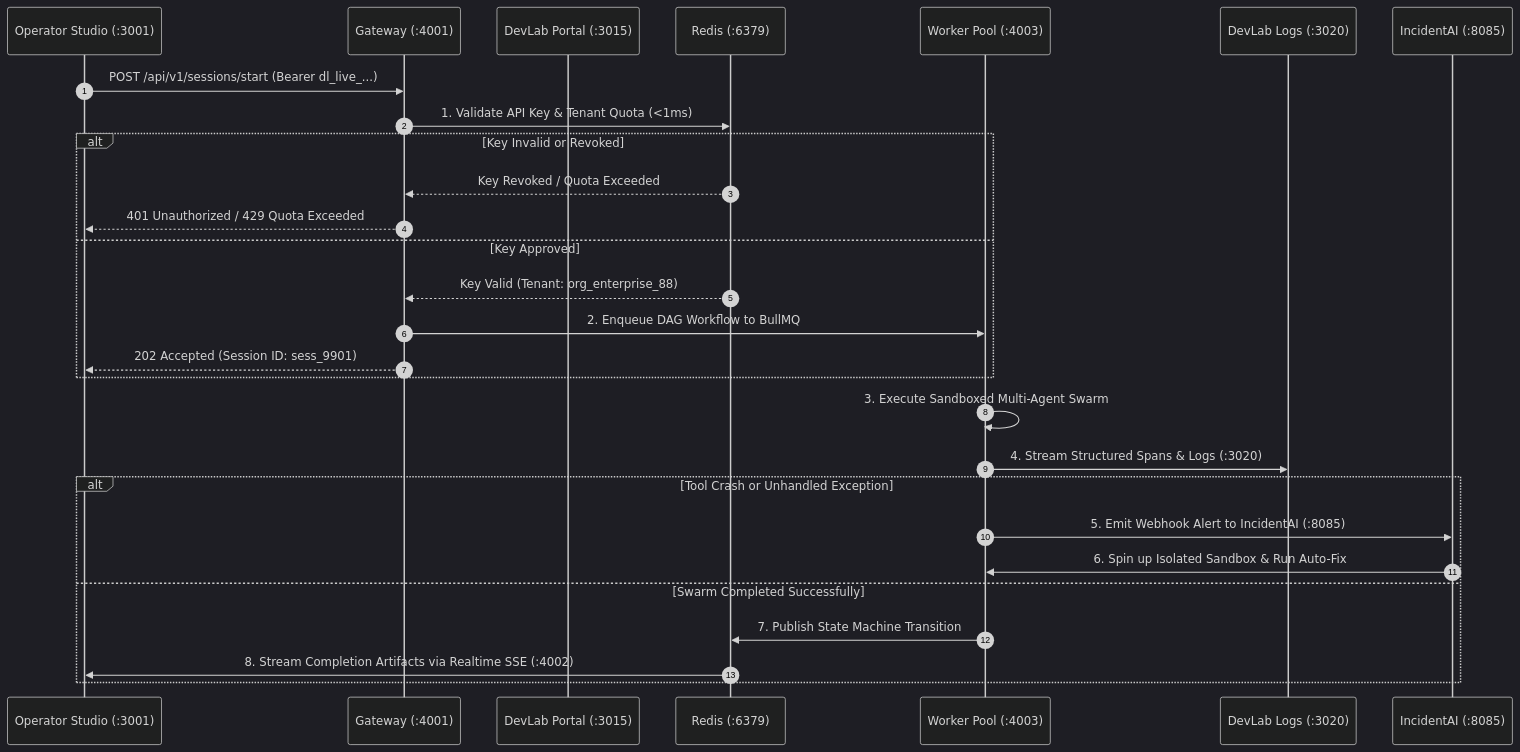
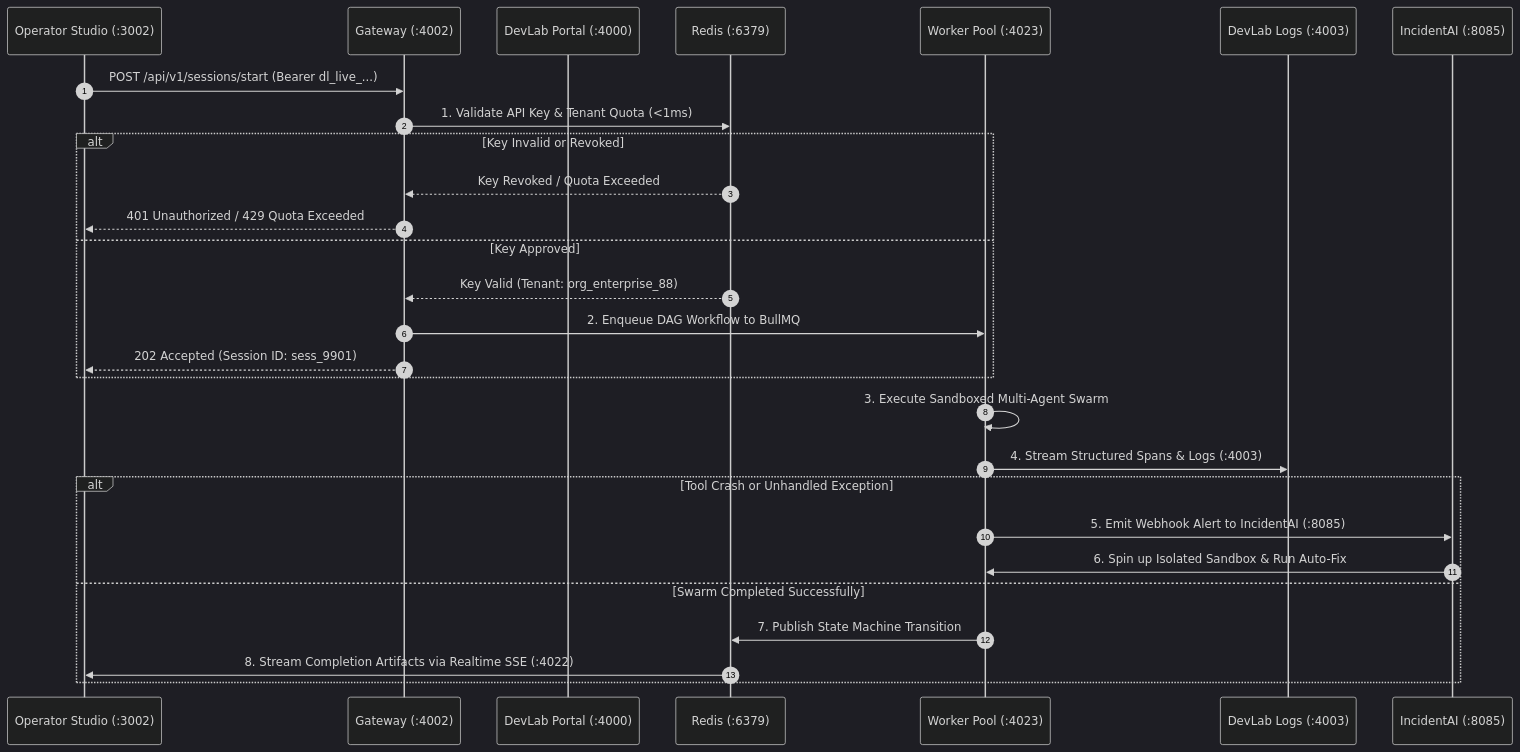
The diagram in PROJECT_INFO.md (yuvadevlab/orchestrai), drawn with Mermaid (dark theme) before and after one commit. The commit also changed other lines of this file and 17 other files, not shown here.

Commit message:
docs(architecture): standardize ports, telemetry endpoints, and topology

````diff
--- a/PROJECT_INFO.md
+++ b/PROJECT_INFO.md
@@ -175,33 +175,33 @@
 ```mermaid
 sequenceDiagram
     autonumber
-    participant Op as Operator Studio (:3001)
-    participant GW as Gateway (:4001)
-    participant DP as DevLab Portal (:3015)
+    participant Op as Operator Studio (:3002)
+    participant GW as Gateway (:4002)
+    participant DP as DevLab Portal (:4000)
     participant Redis as Redis (:6379)
-    participant Worker as Worker Pool (:4003)
-    participant DL as DevLab Logs (:3020)
+    participant Worker as Worker Pool (:4023)
+    participant DL as DevLab Logs (:4003)
     participant IA as IncidentAI (:8085)
 
     Op->>GW: POST /api/v1/sessions/start (Bearer dl_live_...)
     GW->>Redis: 1. Validate API Key & Tenant Quota (<1ms)
     alt Key Invalid or Revoked
         Redis-->>GW: Key Revoked / Quota Exceeded
         GW-->>Op: 401 Unauthorized / 429 Quota Exceeded
     else Key Approved
         Redis-->>GW: Key Valid (Tenant: org_enterprise_88)
         GW->>Worker: 2. Enqueue DAG Workflow to BullMQ
         GW-->>Op: 202 Accepted (Session ID: sess_9901)
     end
 
     Worker->>Worker: 3. Execute Sandboxed Multi-Agent Swarm
-    Worker->>DL: 4. Stream Structured Spans & Logs (:3020)
+    Worker->>DL: 4. Stream Structured Spans & Logs (:4003)
 
     alt Tool Crash or Unhandled Exception
         Worker->>IA: 5. Emit Webhook Alert to IncidentAI (:8085)
         IA->>Worker: 6. Spin up Isolated Sandbox & Run Auto-Fix
     else Swarm Completed Successfully
         Worker->>Redis: 7. Publish State Machine Transition
-        Redis->>Op: 8. Stream Completion Artifacts via Realtime SSE (:4002)
+        Redis->>Op: 8. Stream Completion Artifacts via Realtime SSE (:4022)
     end
 ```
````
